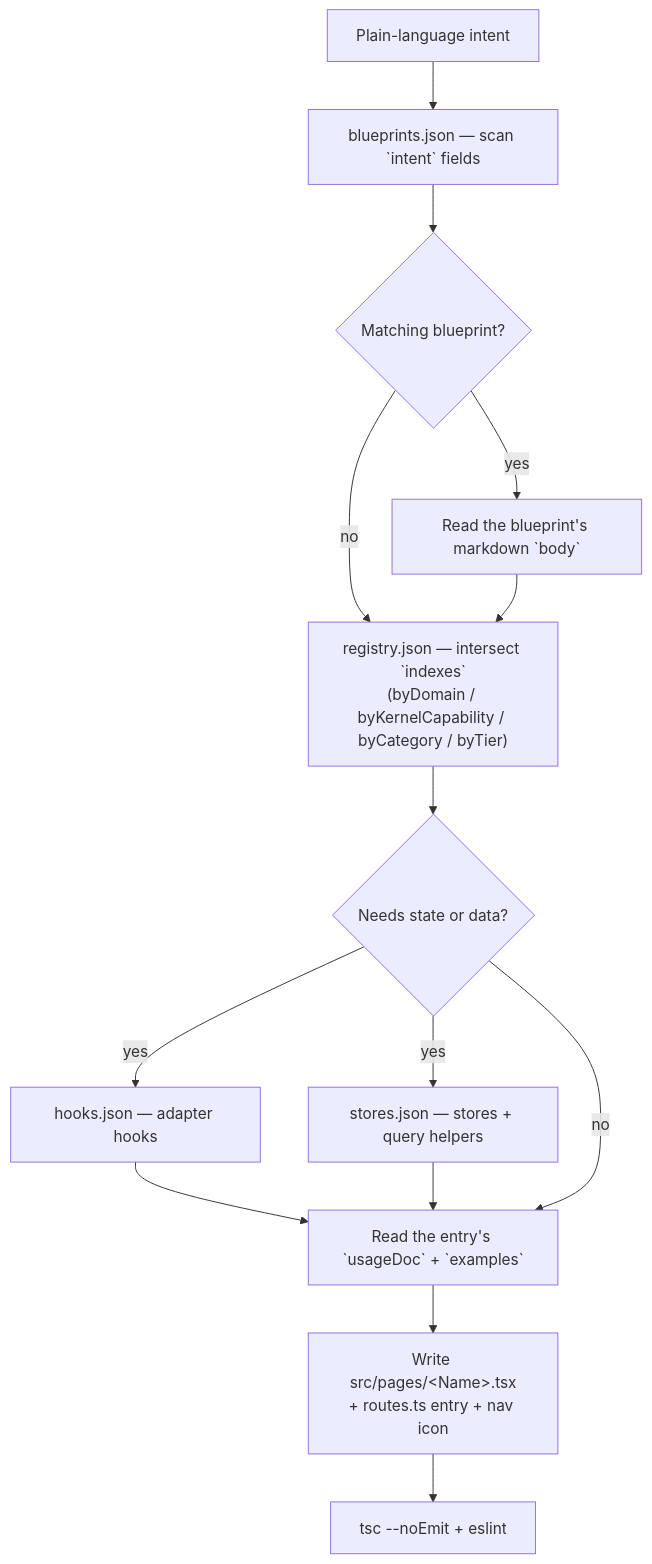
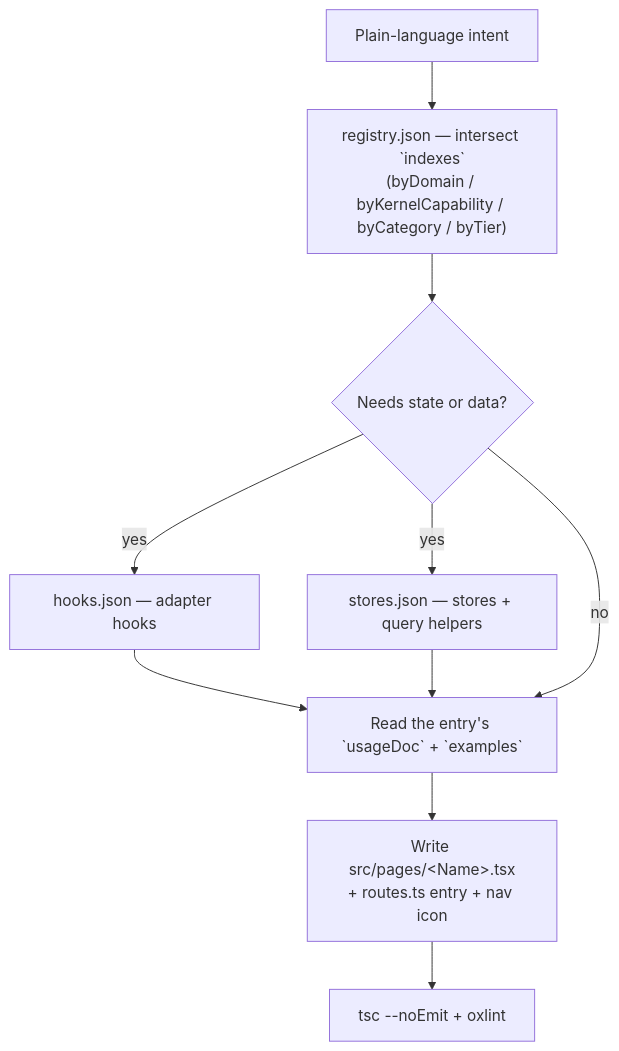
Before and after one commit to tekwani/mdk: the second of 2 diagrams in ui/docs/AGENT_FIRST.md, drawn with Mermaid. The commit also changed other lines of this file and 2410 other files, not shown here.

````diff
--- a/ui/docs/AGENT_FIRST.md
+++ b/ui/docs/AGENT_FIRST.md
@@ -239,28 +209,21 @@
 ```mermaid
 flowchart TD
   intent["Plain-language intent"]
-  bp["blueprints.json — scan `intent` fields"]
-  match{"Matching blueprint?"}
-  body["Read the blueprint's markdown `body`"]
   facets["registry.json — intersect `indexes`\n(byDomain / byKernelCapability / byCategory / byTier)"]
   state{"Needs state or data?"}
   hooks["hooks.json — adapter hooks"]
   stores["stores.json — stores + query helpers"]
   contract["Read the entry's `usageDoc` + `examples`"]
   scaffold["Write src/pages/&lt;Name&gt;.tsx\n+ routes.ts entry + nav icon"]
-  verify["tsc --noEmit + eslint"]
+  verify["tsc --noEmit + oxlint"]
 
-  intent --> bp
-  bp --> match
-  match -- yes --> body
-  match -- no --> facets
-  body --> facets
+  intent --> facets
   facets --> state
   state -- yes --> hooks
   state -- yes --> stores
   hooks --> contract
   stores --> contract
   state -- no --> contract
   contract --> scaffold
   scaffold --> verify
 ```
````
